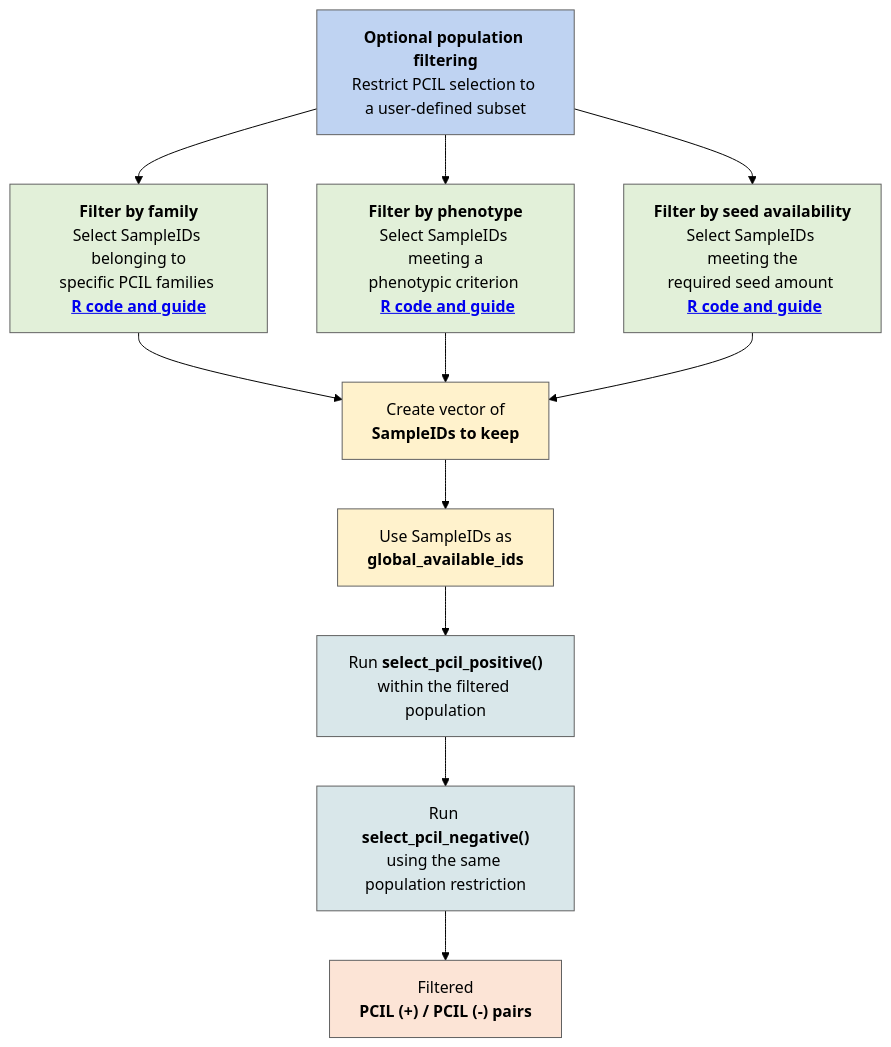
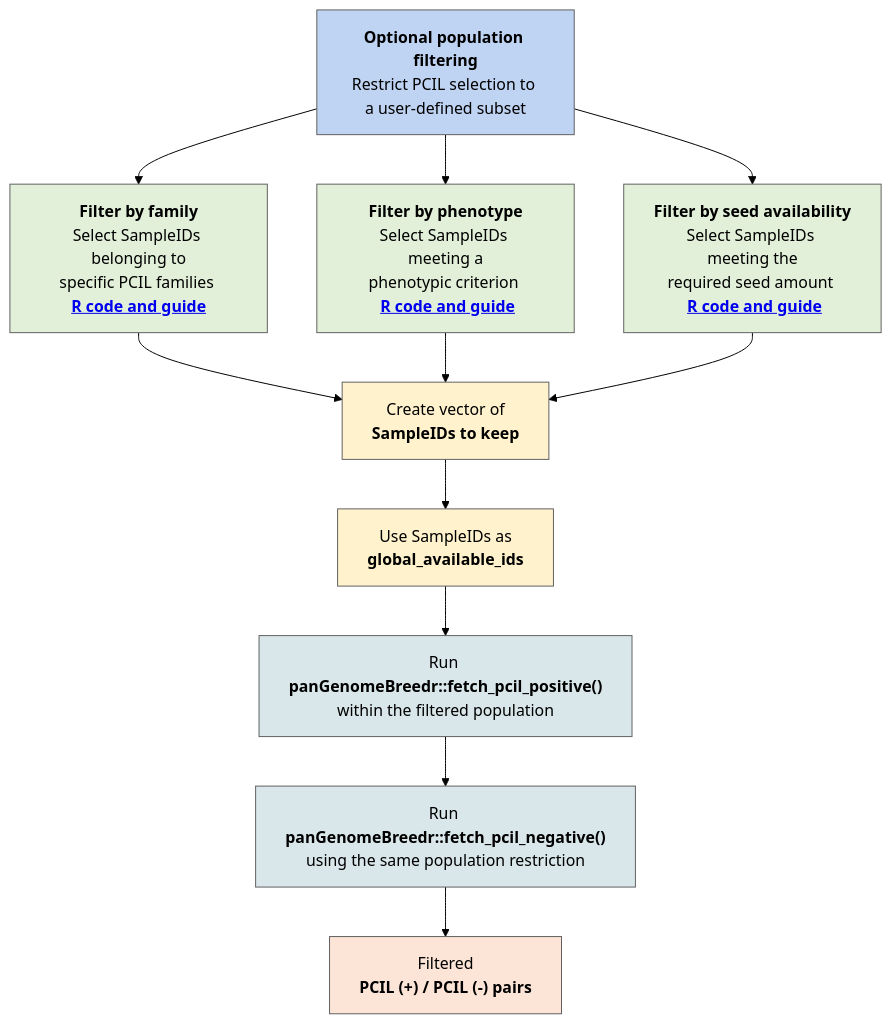
The second of 4 diagrams in README.md (claracruet/PCIL_selection_pipeline), drawn with Mermaid (forest theme) before and after one commit. The commit also changed other lines of this file, not shown here.

````diff
--- a/README.md
+++ b/README.md
@@ -143,40 +143,40 @@
 ```mermaid
 flowchart TD
 
 FILTER["<b>Optional population filtering</b><br/>Restrict PCIL selection to a user-defined subset"]
 
 FILTER --> FAMILY["<b>Filter by family</b><br/>Select SampleIDs belonging to<br/>specific PCIL families <br/><a href='https://github.com/claracruet/PCIL_selection_pipeline/blob/main/Family_filter_example.md'><b>R code and guide</b></a>"]
 
 FILTER --> PHENO["<b>Filter by phenotype</b><br/>Select SampleIDs meeting a<br/>phenotypic criterion <br/> <a href='https://github.com/claracruet/PCIL_selection_pipeline/blob/main/Phenotype_filter_example.md'><b>R code and guide</b></a>"]
 
 FILTER --> SEED["<b>Filter by seed availability</b><br/>Select SampleIDs meeting the<br/>required seed amount <br/> <a href='https://github.com/claracruet/PCIL_selection_pipeline/blob/main/Seed_availability_filter_example.md'><b>R code and guide</b></a>"]
 
 FAMILY --> IDS["Create vector of<br/><b>SampleIDs to keep</b>"]
 PHENO --> IDS
 SEED --> IDS
 
 IDS --> GLOBAL["Use SampleIDs as<br/><b>global_available_ids</b>"]
 
-GLOBAL --> POS["Run <b>select_pcil_positive()</b><br/>within the filtered population"]
+GLOBAL --> POS["Run <b>panGenomeBreedr::fetch_pcil_positive()</b><br/>within the filtered population"]
 
-POS --> NEG["Run <b>select_pcil_negative()</b><br/>using the same population restriction"]
+POS --> NEG["Run <b>panGenomeBreedr::fetch_pcil_negative()</b><br/>using the same population restriction"]
 
 NEG --> PAIRS["Filtered<br/><b>PCIL (+) / PCIL (-) pairs</b>"]
 
 
 %% =========================================================
 %% STYLES
 %% =========================================================
 
 classDef start fill:#BFD3F2,stroke:#606060,stroke-width:1px,color:#000;
 classDef option fill:#E2F0D9,stroke:#606060,stroke-width:1px,color:#000;
 classDef input fill:#FFF2CC,stroke:#606060,stroke-width:1px,color:#000;
 classDef function fill:#D9E7EA,stroke:#606060,stroke-width:1px,color:#000;
 classDef output fill:#FCE4D6,stroke:#606060,stroke-width:1px,color:#000;
 
 class FILTER start;
 class FAMILY,PHENO,SEED option;
 class IDS,GLOBAL input;
 class POS,NEG function;
 class PAIRS output;
 ```
````
